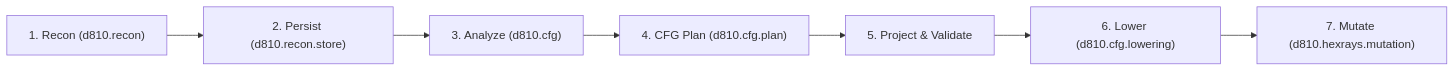
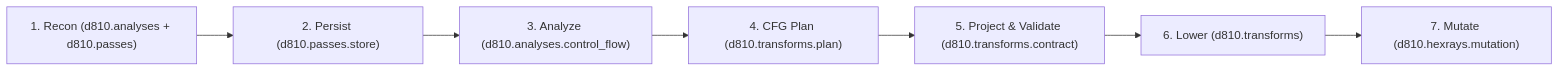
Before and after one commit to w00tzenheimer/d810-ng: the diagram in README.md, drawn with Mermaid. The commit also changed other lines of this file and 2 other files, not shown here.

First line of the commit message:
docs(dissolution): scrub stale recon/cfg/pre_analysis refs from README + ast-grep rule + .importlinter prose (llr-mdz2)

````diff
--- a/README.md
+++ b/README.md
@@ -175,17 +175,17 @@
 ```mermaid
 graph LR
-    Recon["1. Recon (d810.recon)"]
-    Persist["2. Persist (d810.recon.store)"]
-    Analyze["3. Analyze (d810.cfg)"]
-    Plan["4. CFG Plan (d810.cfg.plan)"]
-    Project["5. Project & Validate"]
-    Lower["6. Lower (d810.cfg.lowering)"]
+    Recon["1. Recon (d810.analyses + d810.passes)"]
+    Persist["2. Persist (d810.passes.store)"]
+    Analyze["3. Analyze (d810.analyses.control_flow)"]
+    Plan["4. CFG Plan (d810.transforms.plan)"]
+    Project["5. Project & Validate (d810.transforms.contract)"]
+    Lower["6. Lower (d810.transforms)"]
     Mutate["7. Mutate (d810.hexrays.mutation)"]
 
     Recon --> Persist
     Persist --> Analyze
     Analyze --> Plan
     Plan --> Project
     Project --> Lower
     Lower --> Mutate
 ```
````
